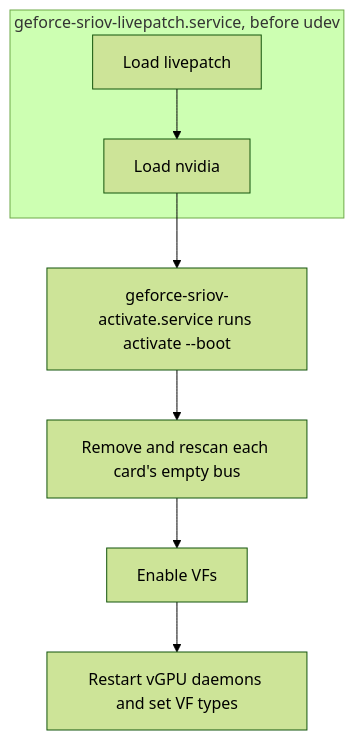
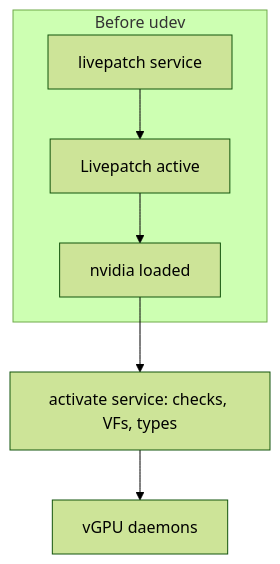
The first of 6 diagrams in docs/technical-reference.md (noon-at-cgn/geforce-sriov), drawn with Mermaid (forest theme) before and after one commit. The commit also changed other lines of this file and 86 other files, not shown here.

Commit message:
geforce-sriov 0.4.0

````diff
--- a/docs/technical-reference.md
+++ b/docs/technical-reference.md
@@ -44,10 +33,9 @@
 ```mermaid
 flowchart TD
-    subgraph Early["geforce-sriov-livepatch.service, before udev"]
-        L["Load livepatch"] --> N["Load nvidia"]
+    subgraph Early["Before udev"]
+        P["livepatch service"] --> L["Livepatch active"]
+        L --> N["nvidia loaded"]
     end
-    N --> A["geforce-sriov-activate.service runs activate --boot"]
-    A --> R["Remove and rescan each card's empty bus"]
-    R --> V["Enable VFs"]
-    V --> D["Restart vGPU daemons and set VF types"]
+    N --> A["activate service: checks, VFs, types"]
+    A --> D["vGPU daemons"]
 ```
````
